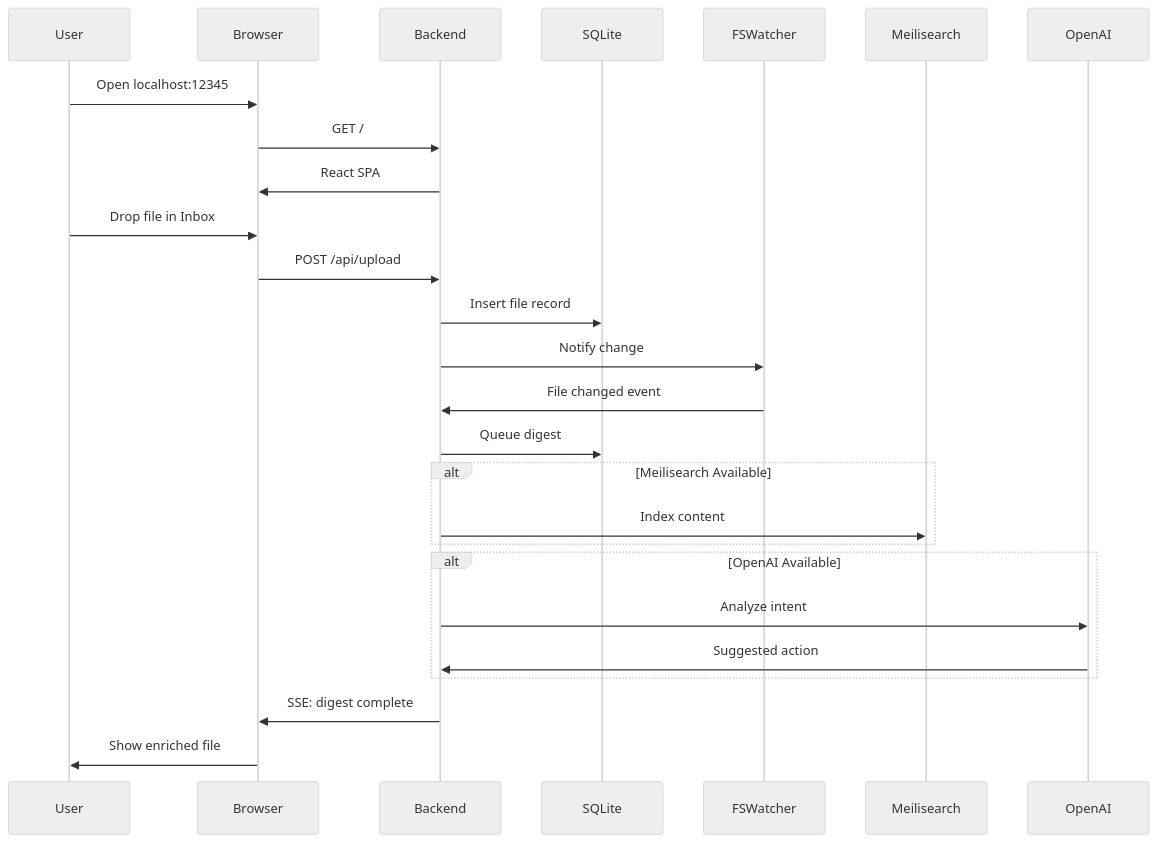
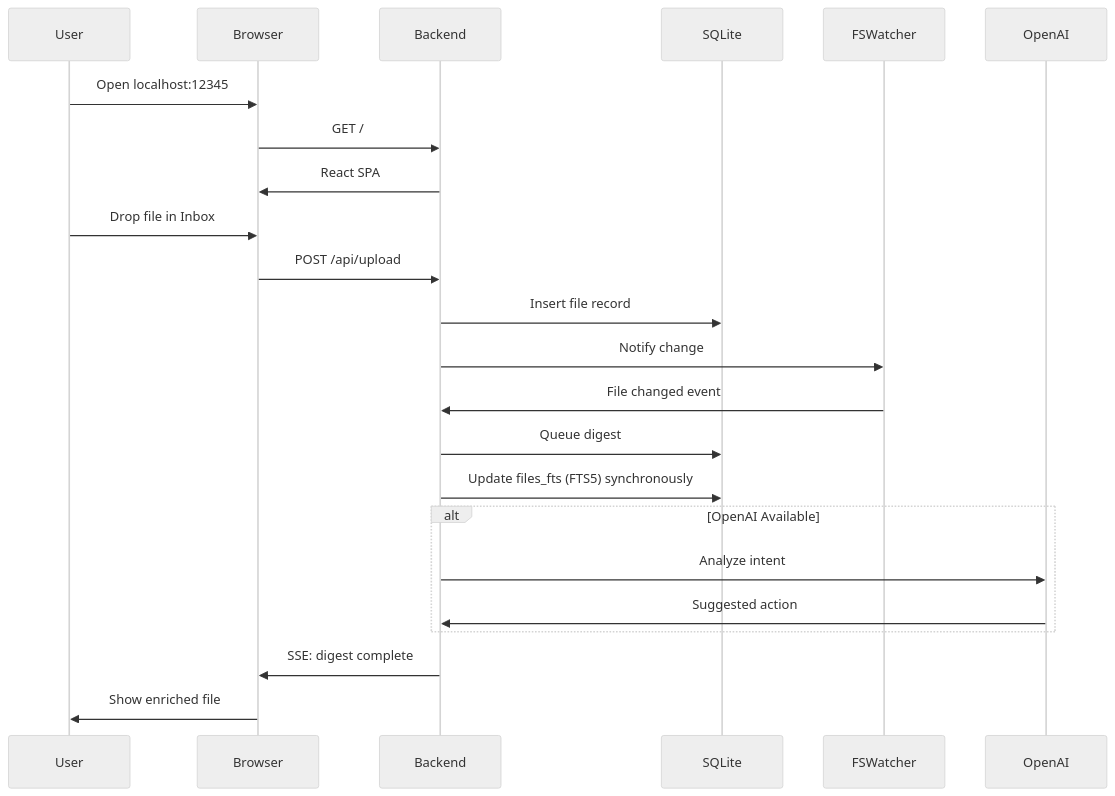
One commit to xiaoyuanzhu-com/my-life-db-docs changed the seventh of 8 diagrams in src/content/docs/internal/architecture/macos-standalone-architecture.md. Above: the diagram before and after it, drawn with Mermaid (neutral theme). The commit also changed other lines of this file and 17 other files, not shown here.

First line of the commit message:
docs: replace Meilisearch with SQLite FTS5 throughout

````diff
--- a/src/content/docs/internal/architecture/macos-standalone-architecture.md
+++ b/src/content/docs/internal/architecture/macos-standalone-architecture.md
@@ -228,34 +224,30 @@
 ```mermaid
 sequenceDiagram
     participant User
     participant Browser
     participant Backend
     participant SQLite
     participant FSWatcher
-    participant Meilisearch
     participant OpenAI
 
     User->>Browser: Open localhost:12345
     Browser->>Backend: GET /
     Backend->>Browser: React SPA
 
     User->>Browser: Drop file in Inbox
     Browser->>Backend: POST /api/upload
     Backend->>SQLite: Insert file record
     Backend->>FSWatcher: Notify change
 
     FSWatcher->>Backend: File changed event
     Backend->>SQLite: Queue digest
-
-    alt Meilisearch Available
-        Backend->>Meilisearch: Index content
-    end
+    Backend->>SQLite: Update files_fts (FTS5) synchronously
 
     alt OpenAI Available
         Backend->>OpenAI: Analyze intent
         OpenAI->>Backend: Suggested action
     end
 
     Backend->>Browser: SSE: digest complete
     Browser->>User: Show enriched file
 ```
````
